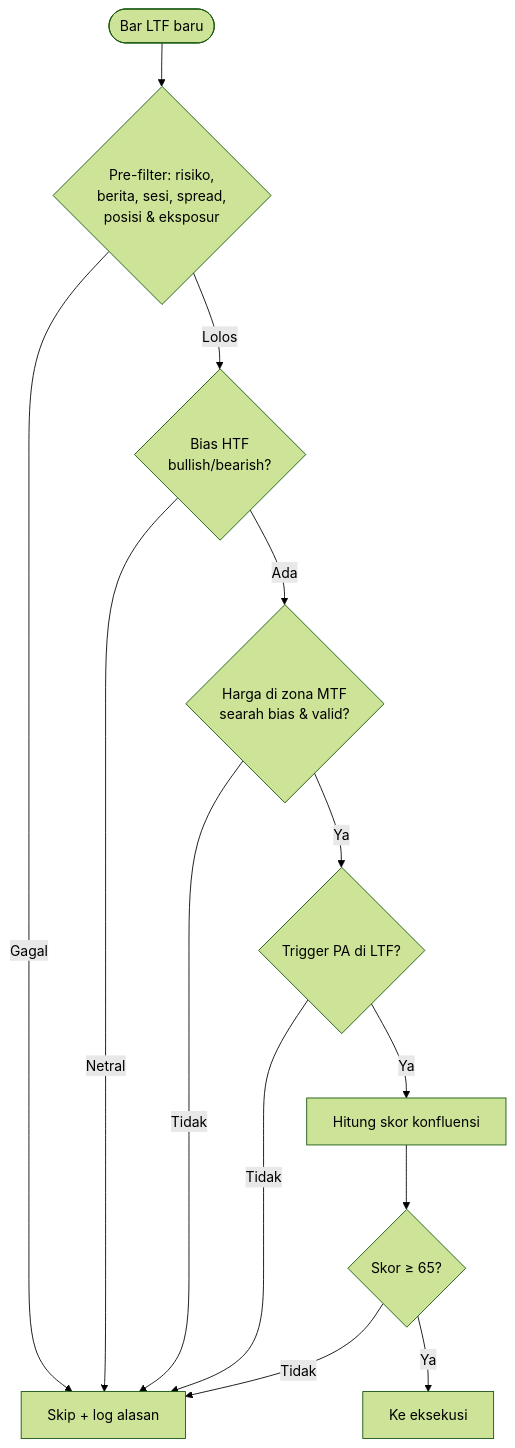
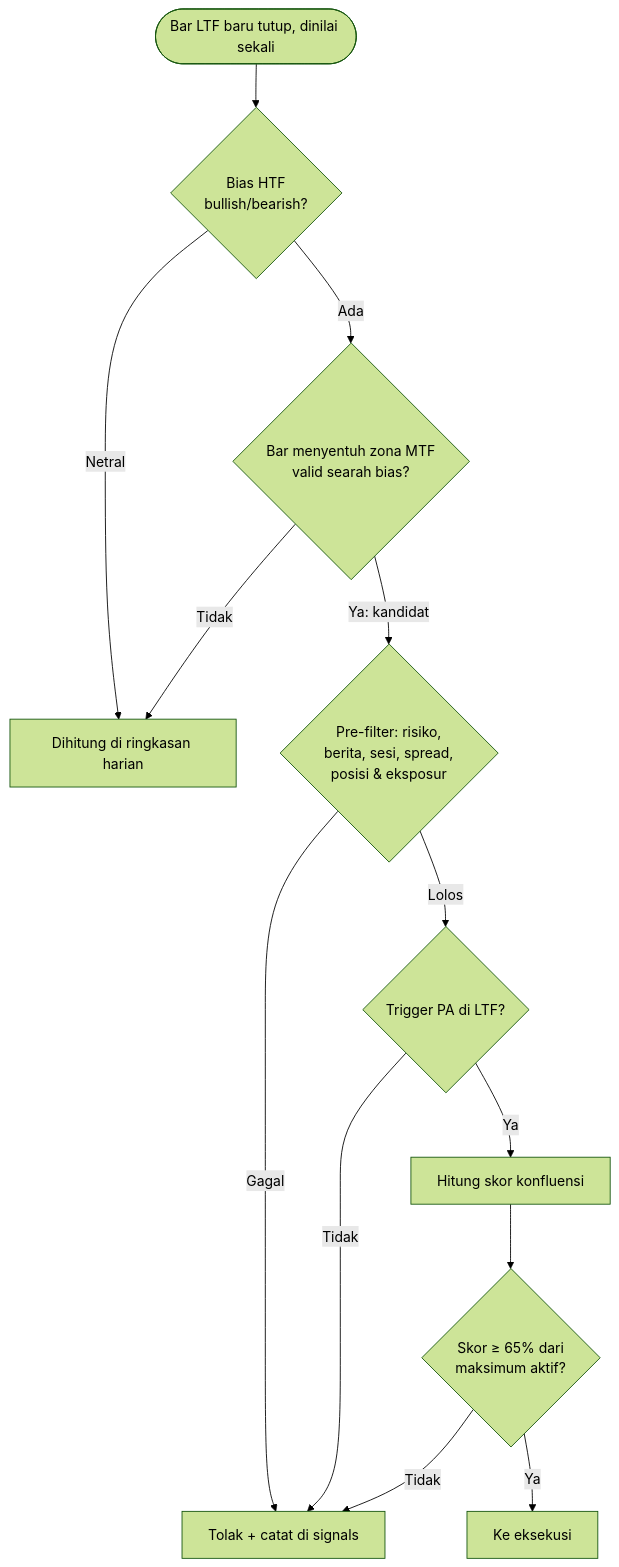
The third of 7 diagrams in sdbot/docs/PRD-EA.md (ndra969/trading-bot), drawn with Mermaid (forest theme) before and after one commit. The commit also changed other lines of this file and 2 other files, not shown here.

````diff
--- a/sdbot/docs/PRD-EA.md
+++ b/sdbot/docs/PRD-EA.md
@@ -120,15 +127,15 @@
 ```mermaid
 flowchart TB
-    B([Bar LTF baru]) --> F{Pre-filter: risiko,<br/>berita, sesi, spread,<br/>posisi & eksposur}
-    F -->|Gagal| X[Skip + log alasan]
-    F -->|Lolos| H{Bias HTF<br/>bullish/bearish?}
-    H -->|Netral| X
-    H -->|Ada| Z{Harga di zona MTF<br/>searah bias & valid?}
-    Z -->|Tidak| X
-    Z -->|Ya| T{Trigger PA di LTF?}
+    B([Bar LTF baru tutup, dinilai sekali]) --> H{Bias HTF<br/>bullish/bearish?}
+    H -->|Netral| C[Dihitung di ringkasan harian]
+    H -->|Ada| Z{Bar menyentuh zona MTF<br/>valid searah bias?}
+    Z -->|Tidak| C
+    Z -->|Ya: kandidat| F{Pre-filter: risiko,<br/>berita, sesi, spread,<br/>posisi & eksposur}
+    F -->|Gagal| X[Tolak + catat di signals]
+    F -->|Lolos| T{Trigger PA di LTF?}
     T -->|Tidak| X
     T -->|Ya| S[Hitung skor konfluensi]
-    S --> Q{Skor ≥ 65?}
+    S --> Q{Skor ≥ 65% dari<br/>maksimum aktif?}
     Q -->|Tidak| X
     Q -->|Ya| E[Ke eksekusi]
 ```
````
